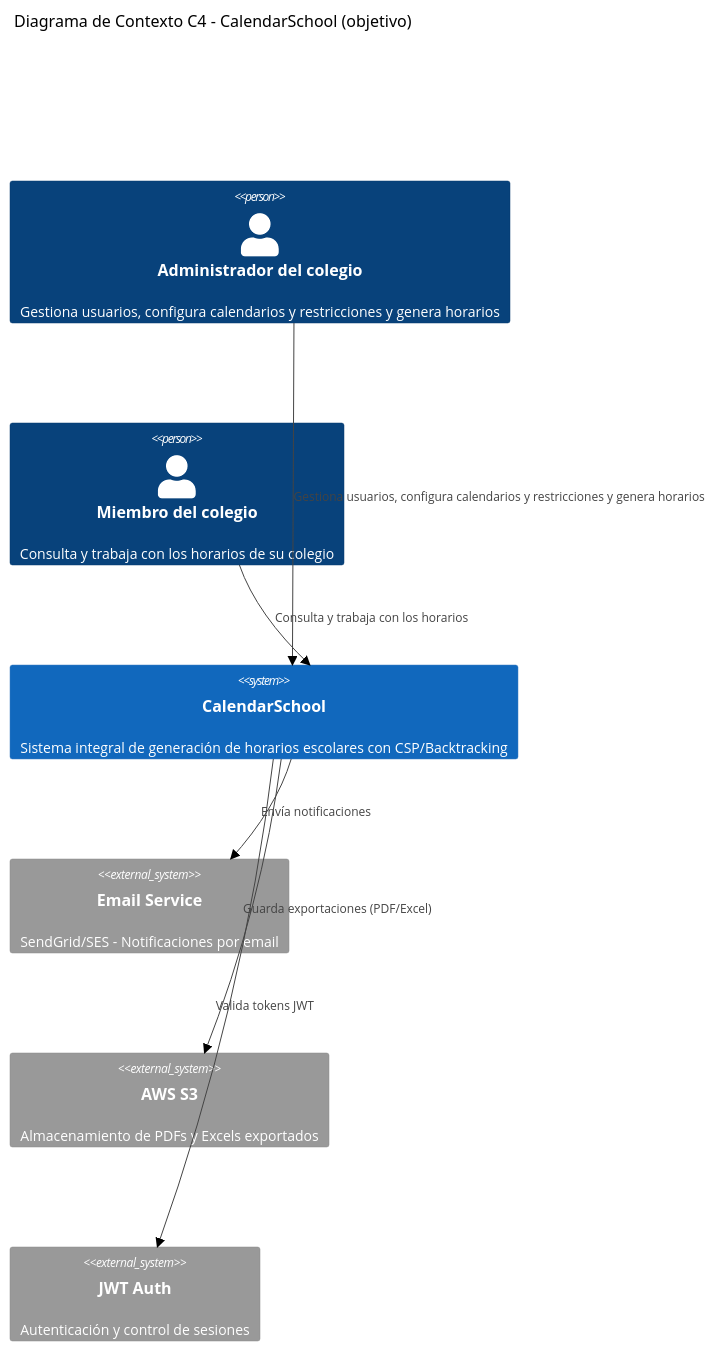
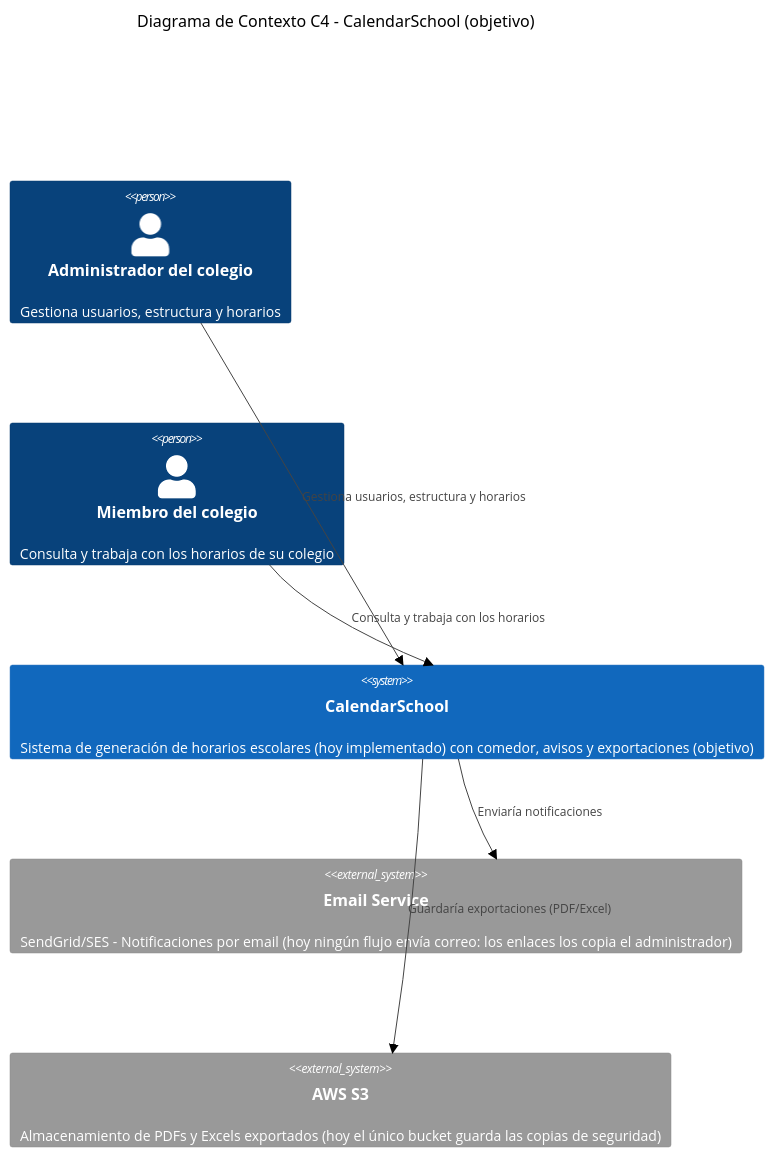
Before and after one commit to kiketon007/CalendarSchool: diagram 12 of 13 in docs/arquitectura/DIAGRAMA_C4.md, drawn with Mermaid (forest theme). The commit also changed other lines of this file and 2 other files, not shown here.

First line of the commit message:
docs(arquitectura): poner al día la arquitectura, los diagramas C4 y el modelo de Structurizr

````diff
--- a/docs/arquitectura/DIAGRAMA_C4.md
+++ b/docs/arquitectura/DIAGRAMA_C4.md
@@ -428,20 +499,17 @@
 ```mermaid
 C4Context
     title Diagrama de Contexto C4 - CalendarSchool (objetivo)
 
-    Person(admin, "Administrador del colegio", "Gestiona usuarios, configura calendarios y restricciones y genera horarios")
+    Person(admin, "Administrador del colegio", "Gestiona usuarios, estructura y horarios")
     Person(member, "Miembro del colegio", "Consulta y trabaja con los horarios de su colegio")
 
-    System(calendarschool, "CalendarSchool", "Sistema integral de generación de horarios escolares con CSP/Backtracking")
+    System(calendarschool, "CalendarSchool", "Sistema de generación de horarios escolares (hoy implementado) con comedor, avisos y exportaciones (objetivo)")
 
-    System_Ext(email_service, "Email Service", "SendGrid/SES - Notificaciones por email")
-    System_Ext(storage_service, "AWS S3", "Almacenamiento de PDFs y Excels exportados")
-    System_Ext(auth_provider, "JWT Auth", "Autenticación y control de sesiones")
+    System_Ext(email_service, "Email Service", "SendGrid/SES - Notificaciones por email (hoy ningún flujo envía correo: los enlaces los copia el administrador)")
+    System_Ext(storage_service, "AWS S3", "Almacenamiento de PDFs y Excels exportados (hoy el único bucket guarda las copias de seguridad)")
 
-    Rel(admin, calendarschool, "Gestiona usuarios, configura calendarios y restricciones y genera horarios")
+    Rel(admin, calendarschool, "Gestiona usuarios, estructura y horarios")
     Rel(member, calendarschool, "Consulta y trabaja con los horarios")
-
-    Rel(calendarschool, email_service, "Envía notificaciones")
-    Rel(calendarschool, storage_service, "Guarda exportaciones (PDF/Excel)")
-    Rel(calendarschool, auth_provider, "Valida tokens JWT")
+    Rel(calendarschool, email_service, "Enviaría notificaciones")
+    Rel(calendarschool, storage_service, "Guardaría exportaciones (PDF/Excel)")
 ```
````
